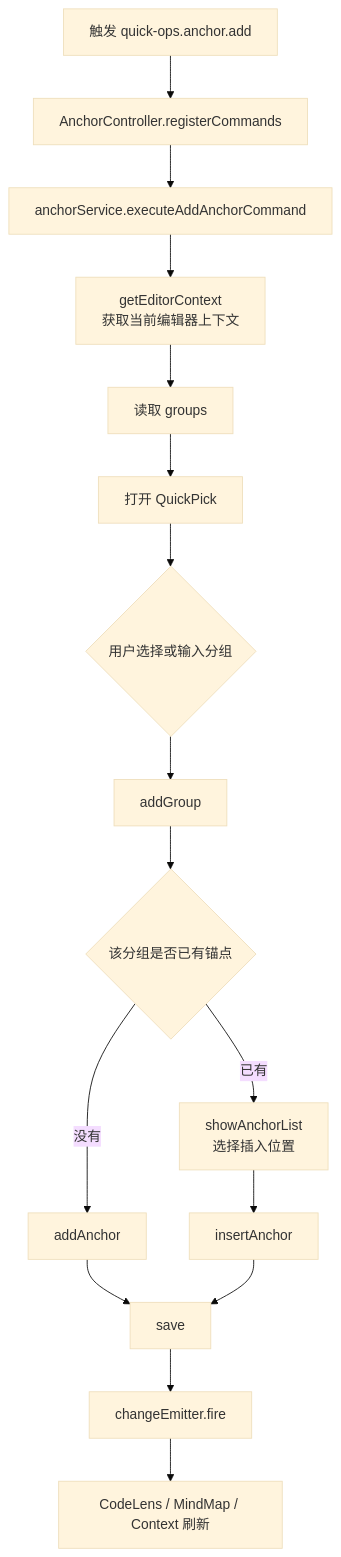
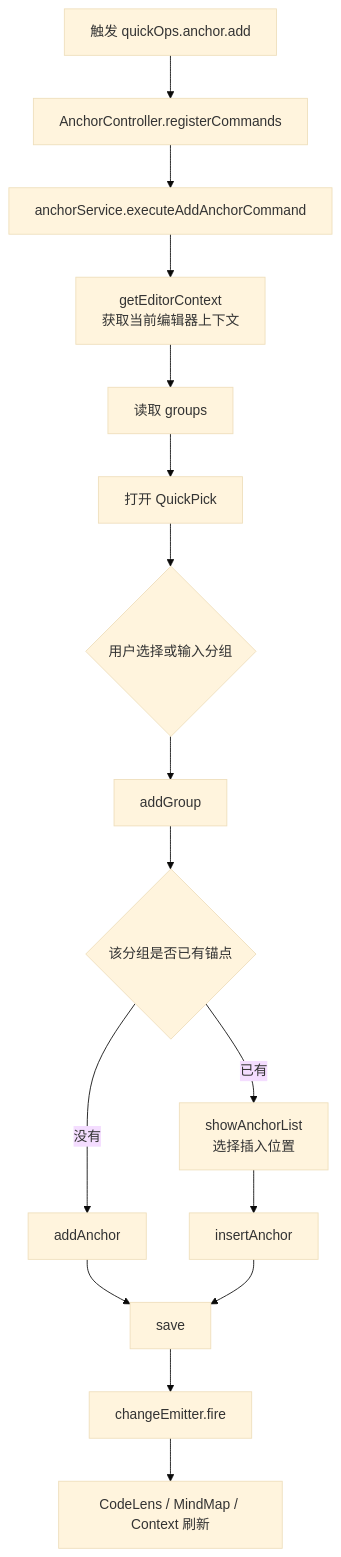
The third of 3 diagrams in src/modules/anchor/anchor.readme.md (WONISHI/quick-ops), drawn with Mermaid (base theme) before and after one commit. The commit also changed other lines of this file and 16 other files, not shown here.

````diff
--- a/src/modules/anchor/anchor.readme.md
+++ b/src/modules/anchor/anchor.readme.md
@@ -545,18 +545,18 @@
 ```mermaid
 flowchart TD
-  A[触发 quick-ops.anchor.add] --> B[AnchorController.registerCommands]
+  A[触发 quickOps.anchor.add] --> B[AnchorController.registerCommands]
   B --> C[anchorService.executeAddAnchorCommand]
   C --> D[getEditorContext<br/>获取当前编辑器上下文]
   D --> E[读取 groups]
   E --> F[打开 QuickPick]
   F --> G{用户选择或输入分组}
   G --> H[addGroup]
   H --> I{该分组是否已有锚点}
   I -->|没有| J[addAnchor]
   I -->|已有| K[showAnchorList<br/>选择插入位置]
   J --> L[save]
   K --> M[insertAnchor]
   M --> L
   L --> N[changeEmitter.fire]
   N --> O[CodeLens / MindMap / Context 刷新]
 ```
````
